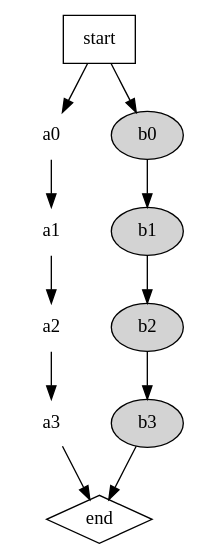
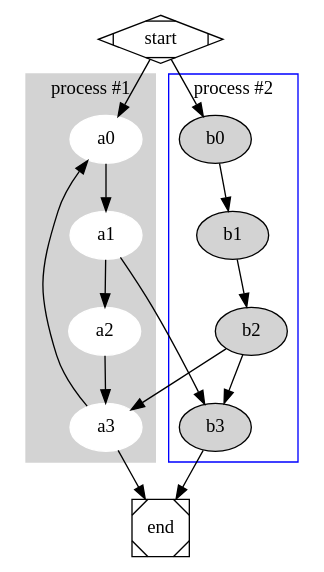
Before and after one commit to amitesh-singh/latex-samples: the diagram in dot/subgraph.dot, drawn with Graphviz. The commit also changed other lines of this file, not shown here.

```diff
--- a/dot/subgraph.dot
+++ b/dot/subgraph.dot
@@ -1,22 +1,27 @@
 digraph G {
-     subgraph clustor0 {
-          node [style=filled, color=white];
-          style=filled;
-          color=grey;
-          a0->a1->a2->a3;
-          label="process #1";
-     }
-     subgraph clustor1 {
-          node [style=filled];
-          b0->b1->b2->b3;
-          label="process #2";
-          color=blue;
-     }
-     start->a0;
-     start->b0;
-     a3->end;
-     b3->end;
 
-     start [shape=box];
-     end [shape=diamond];
+	subgraph cluster_0 {
+		style=filled;
+		color=lightgrey;
+		node [style=filled,color=white];
+		a0 -> a1 -> a2 -> a3;
+		label = "process #1";
+	}
+
+	subgraph cluster_1 {
+		node [style=filled];
+		b0 -> b1 -> b2 -> b3;
+		label = "process #2";
+		color=blue
+	}
+	start -> a0;
+	start -> b0;
+	a1 -> b3;
+	b2 -> a3;
+	a3 -> a0;
+	a3 -> end;
+	b3 -> end;
+
+	start [shape=Mdiamond];
+	end [shape=Msquare];
 }
```
